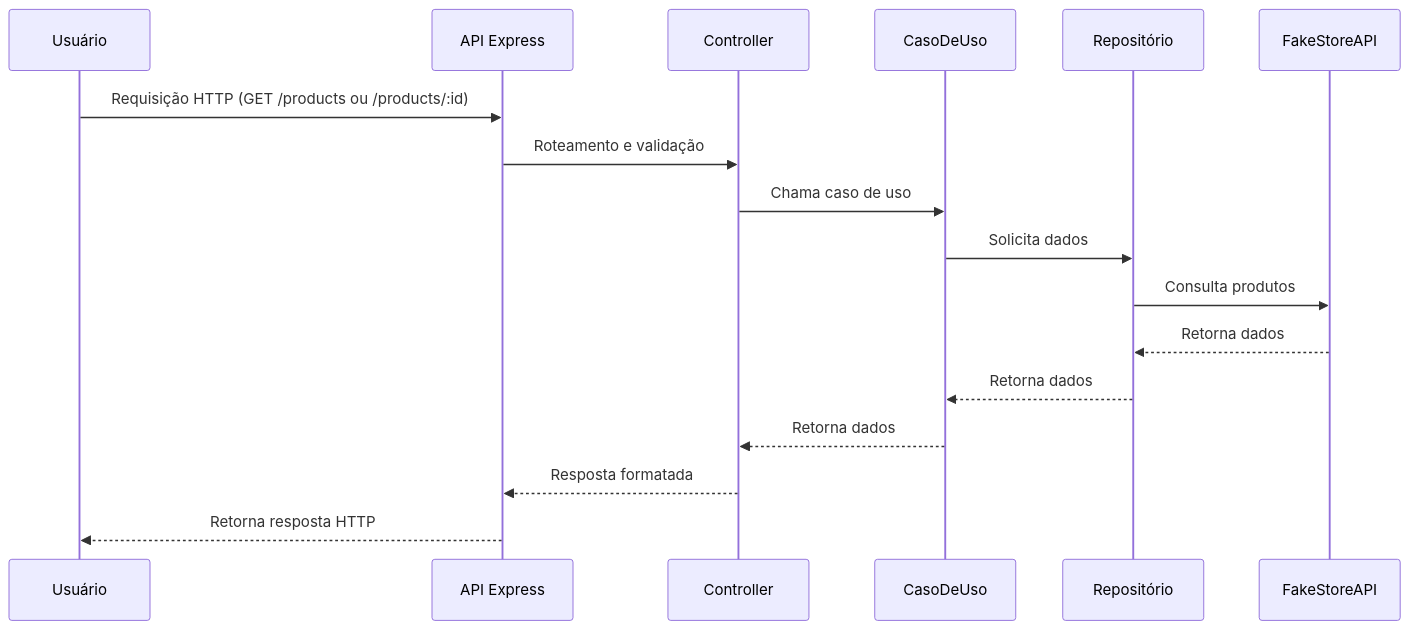
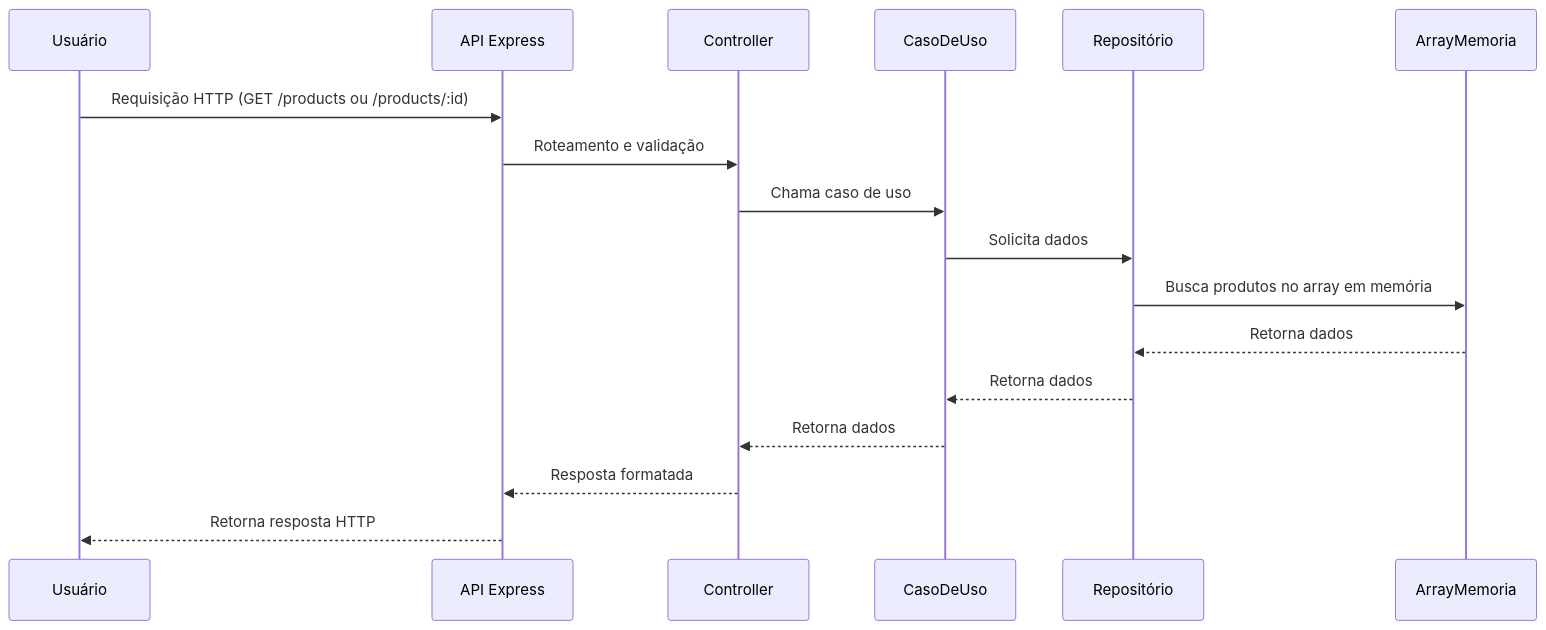
Before and after one commit to juliohdsv/marketplace_backend_node: the diagram in readme.md, drawn with Mermaid. The commit also changed other lines of this file and 11 other files, not shown here.

Commit message:
refactor(data): Remove external api and added products of array

````diff
--- a/readme.md
+++ b/readme.md
@@ -50,20 +52,20 @@
 ```mermaid
 sequenceDiagram
     participant Usuário
     participant API Express
     participant Controller
     participant CasoDeUso
     participant Repositório
-    participant FakeStoreAPI
+    participant ArrayMemoria
 
     Usuário->>API Express: Requisição HTTP (GET /products ou /products/:id)
     API Express->>Controller: Roteamento e validação
     Controller->>CasoDeUso: Chama caso de uso
     CasoDeUso->>Repositório: Solicita dados
-    Repositório->>FakeStoreAPI: Consulta produtos
-    FakeStoreAPI-->>Repositório: Retorna dados
+    Repositório->>ArrayMemoria: Busca produtos no array em memória
+    ArrayMemoria-->>Repositório: Retorna dados
     Repositório-->>CasoDeUso: Retorna dados
     CasoDeUso-->>Controller: Retorna dados
     Controller-->>API Express: Resposta formatada
     API Express-->>Usuário: Retorna resposta HTTP
 ```
````
